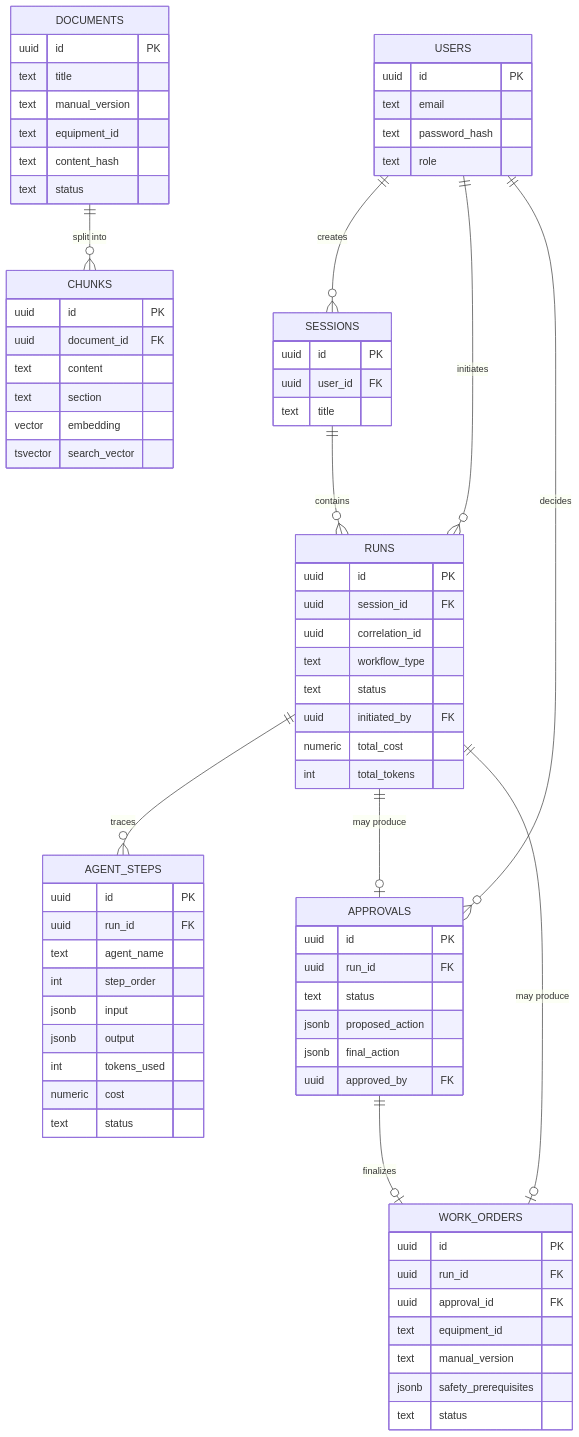
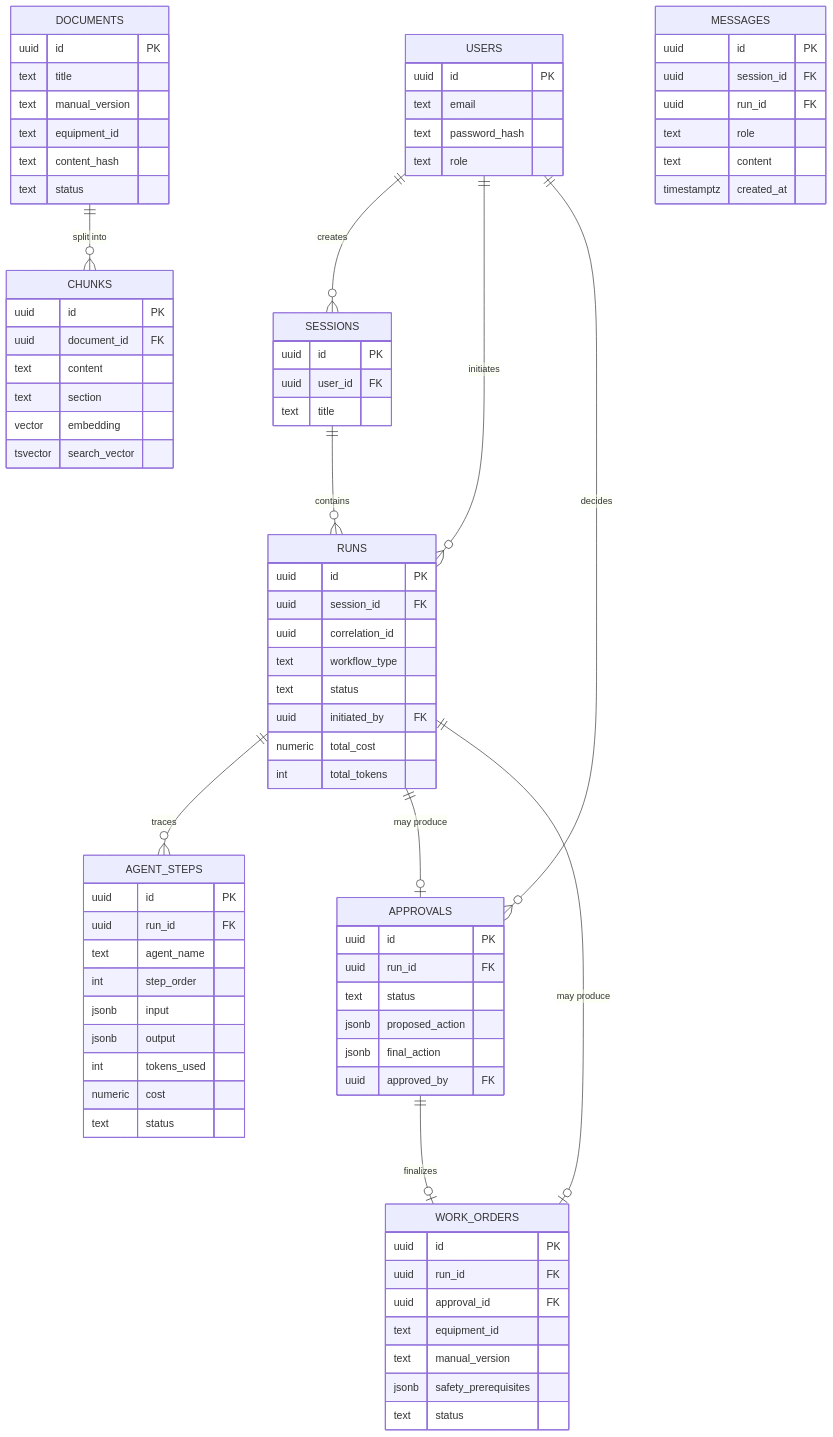
The seventh of 8 diagrams in docs/ARCHITECTURE.md (mohamedghonaim000/maintenance-copilot), drawn with Mermaid before and after one commit. The commit also changed other lines of this file and 38 other files, not shown here.

```diff
--- a/docs/ARCHITECTURE.md
+++ b/docs/ARCHITECTURE.md
@@ -271,18 +271,28 @@
     RUNS ||--o| WORK_ORDERS : "may produce"
 
     APPROVALS ||--o| WORK_ORDERS : finalizes
-
     USERS {
         uuid id PK
         text email
         text password_hash
         text role
     }
+
     SESSIONS {
         uuid id PK
         uuid user_id FK
         text title
     }
+
+    MESSAGES {
+        uuid id PK
+        uuid session_id FK
+        uuid run_id FK
+        text role
+        text content
+        timestamptz created_at
+    }
+
     DOCUMENTS {
         uuid id PK
         text title
@@ -291,6 +301,7 @@
         text content_hash
         text status
     }
+
     CHUNKS {
         uuid id PK
         uuid document_id FK
@@ -299,6 +310,7 @@
         vector embedding
         tsvector search_vector
     }
+
     RUNS {
         uuid id PK
         uuid session_id FK
@@ -309,6 +321,7 @@
         numeric total_cost
         int total_tokens
     }
+
     AGENT_STEPS {
         uuid id PK
         uuid run_id FK
@@ -320,6 +333,7 @@
         numeric cost
         text status
     }
+
     APPROVALS {
         uuid id PK
         uuid run_id FK
@@ -328,6 +342,7 @@
         jsonb final_action
         uuid approved_by FK
     }
+
     WORK_ORDERS {
         uuid id PK
         uuid run_id FK
```
